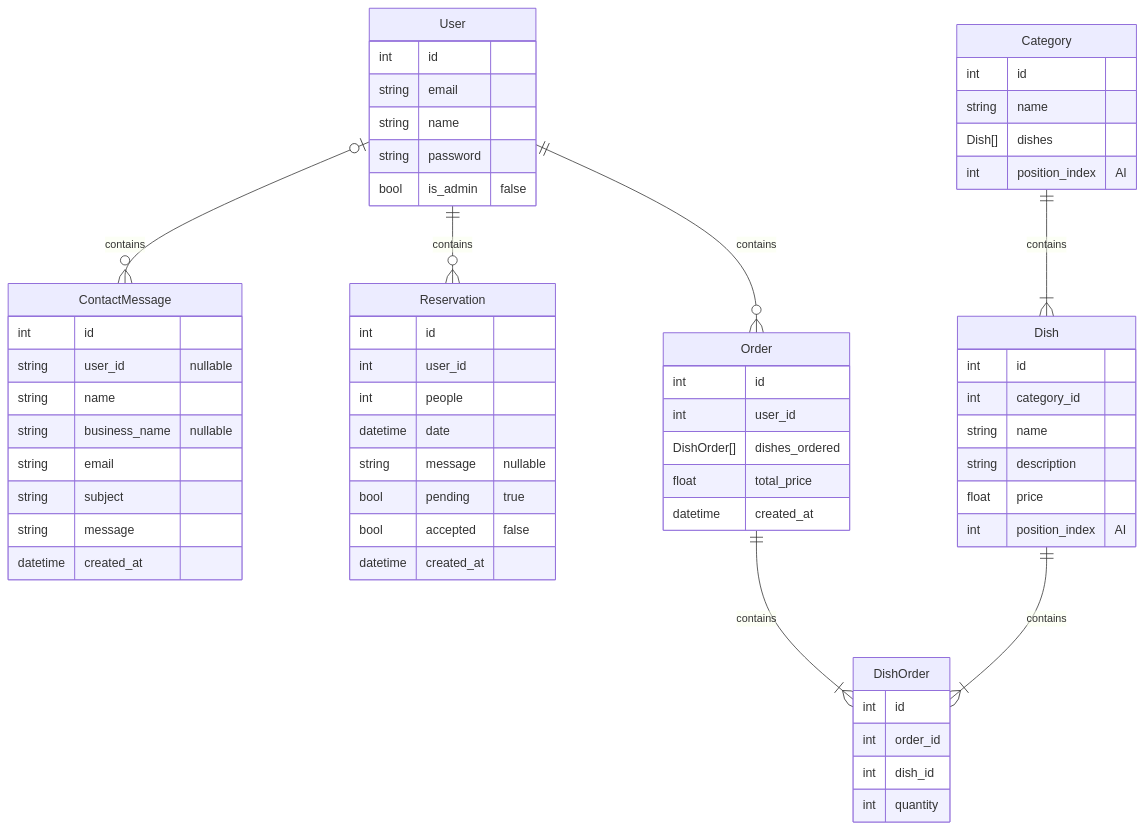
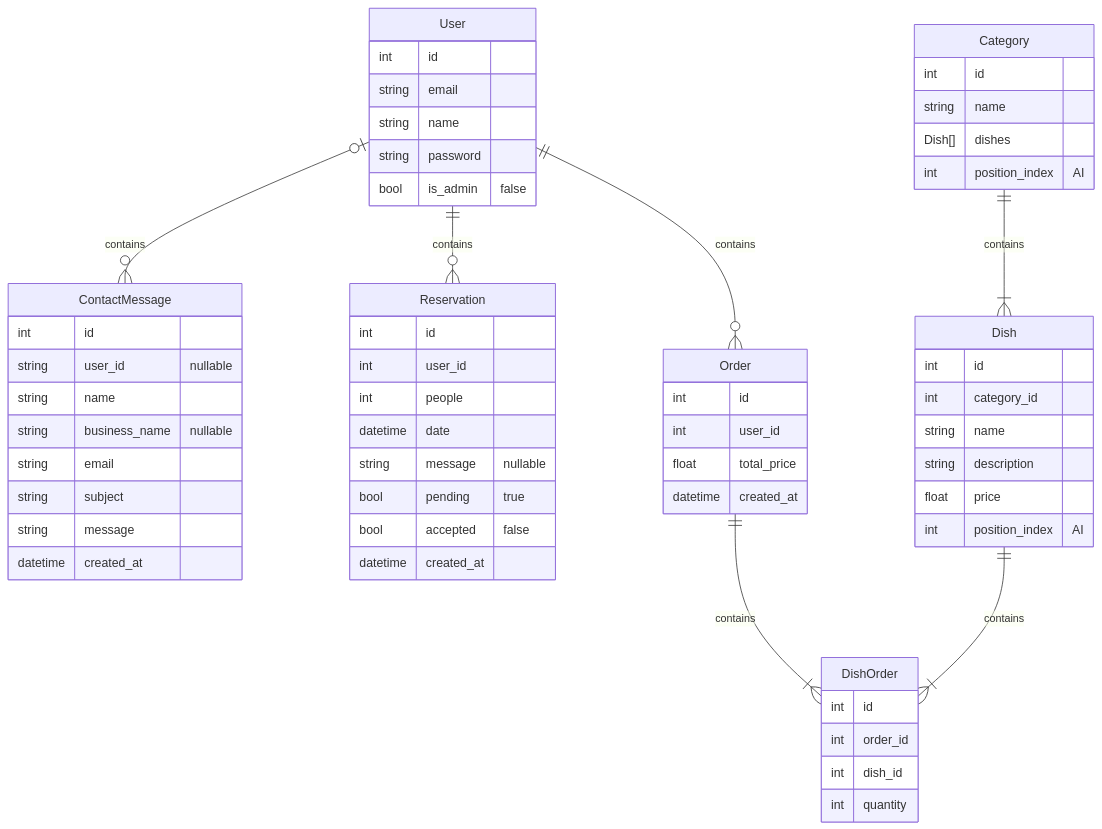
Before and after one commit to Rutger505/cafe-pronk-backend: the diagram in docs/sdd.md, drawn with Mermaid. The commit also changed other lines of this file and 2 other files, not shown here.

````diff
--- a/docs/sdd.md
+++ b/docs/sdd.md
@@ -7,72 +7,71 @@
 ```mermaid
 erDiagram
     User {
         int id
         string email
         string name
         string password
         bool is_admin "false"
     }
     
     User |o--o{ ContactMessage: contains
     User ||--o{ Reservation: contains
     User ||--o{ Order: contains
 
     ContactMessage {
         int id
         string user_id "nullable"
         string name
         string business_name "nullable"
         string email
         string subject
         string message
         datetime created_at
     }
 
     Reservation {
         int id
         int user_id 
         int people
         datetime date
         string message "nullable"
         bool pending "true"
         bool accepted "false"
         datetime created_at
     }
     
     Order {
         int id
         int user_id
-        DishOrder[] dishes_ordered
         float total_price
         datetime created_at
     }
     
     Order ||--|{ DishOrder: contains
     Dish ||--|{ DishOrder: contains
     
     DishOrder {
         int id
         int order_id
         int dish_id
         int quantity
     }
 
     Category {
         int id
         string name
         Dish[] dishes
         int position_index "AI"
     }
 
     Category ||--|{ Dish: contains
  
     Dish {
         int id
         int category_id
         string name
         string description
         float price
         int position_index "AI"
     }
 ```
````
